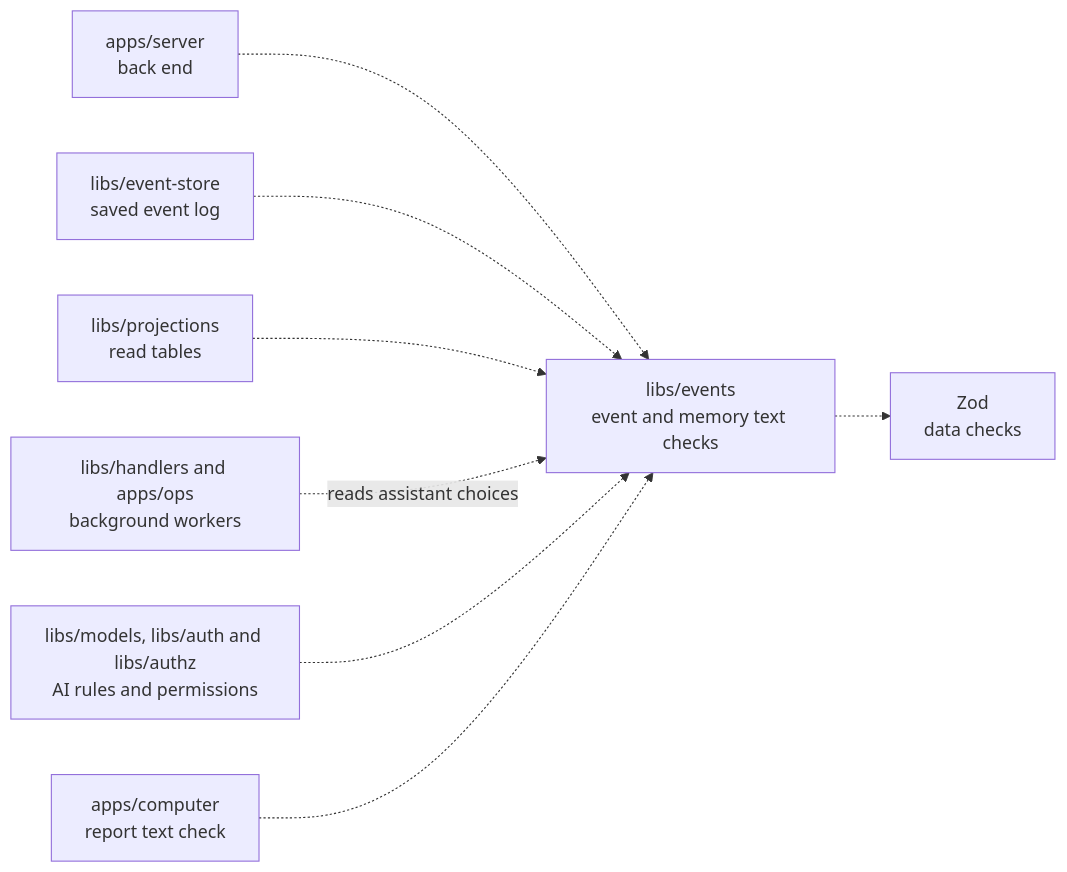
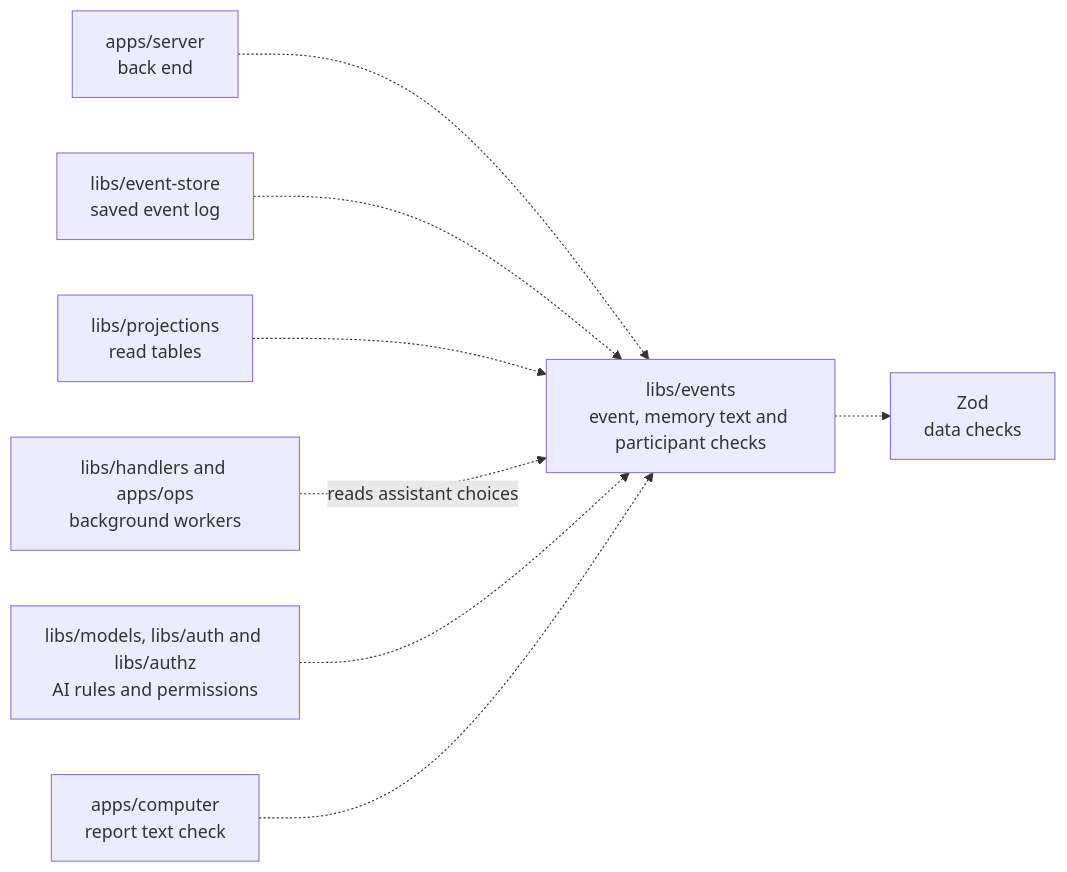
One commit to elewa-git/opencrane-new changed the diagram in libs/events/README.md. Above: the diagram before and after it, drawn with Mermaid. The commit also changed other lines of this file and 37 other files, not shown here.

````diff
--- a/libs/events/README.md
+++ b/libs/events/README.md
@@ -23,10 +23,10 @@
 ```mermaid
 flowchart LR
-  server["apps/server<br/>back end"] -.-> events["libs/events<br/>event and memory text checks"]
+  server["apps/server<br/>back end"] -.-> events["libs/events<br/>event, memory text and participant checks"]
   store["libs/event-store<br/>saved event log"] -.-> events
   projections["libs/projections<br/>read tables"] -.-> events
   workers["libs/handlers and apps/ops<br/>background workers"] -.->|reads assistant choices| events
   others["libs/models, libs/auth and libs/authz<br/>AI rules and permissions"] -.-> events
   computer["apps/computer<br/>report text check"] -.-> events
   events -.-> zod["Zod<br/>data checks"]
 ```
````
